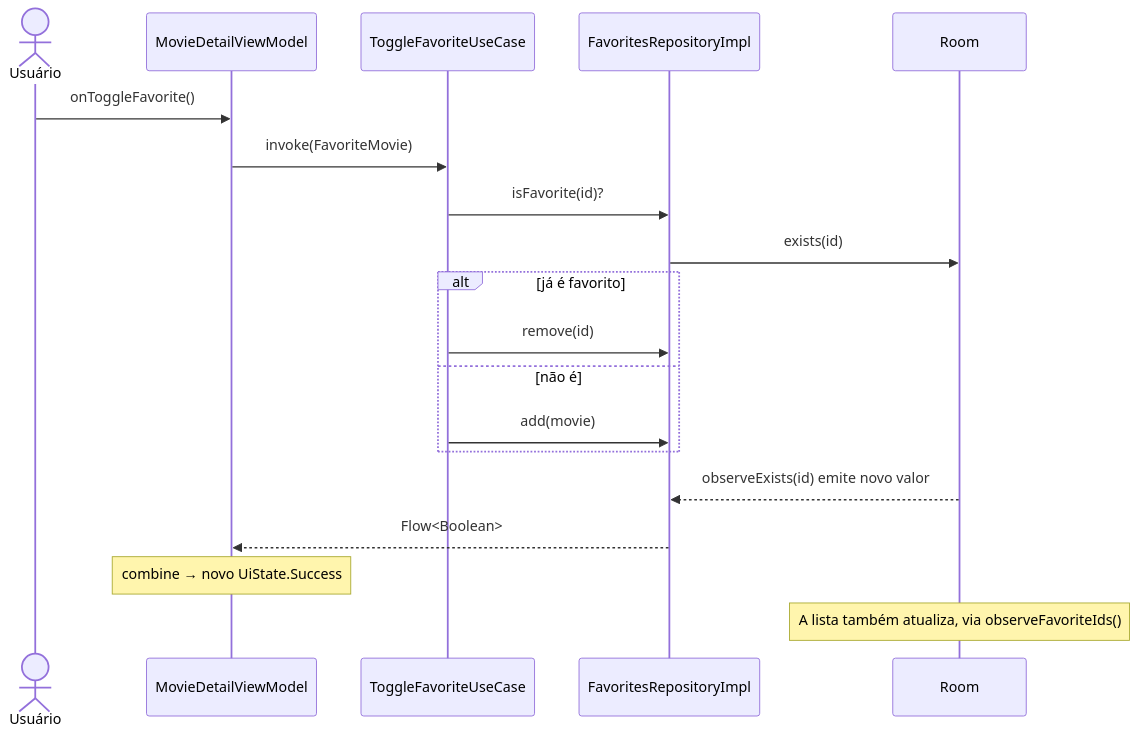
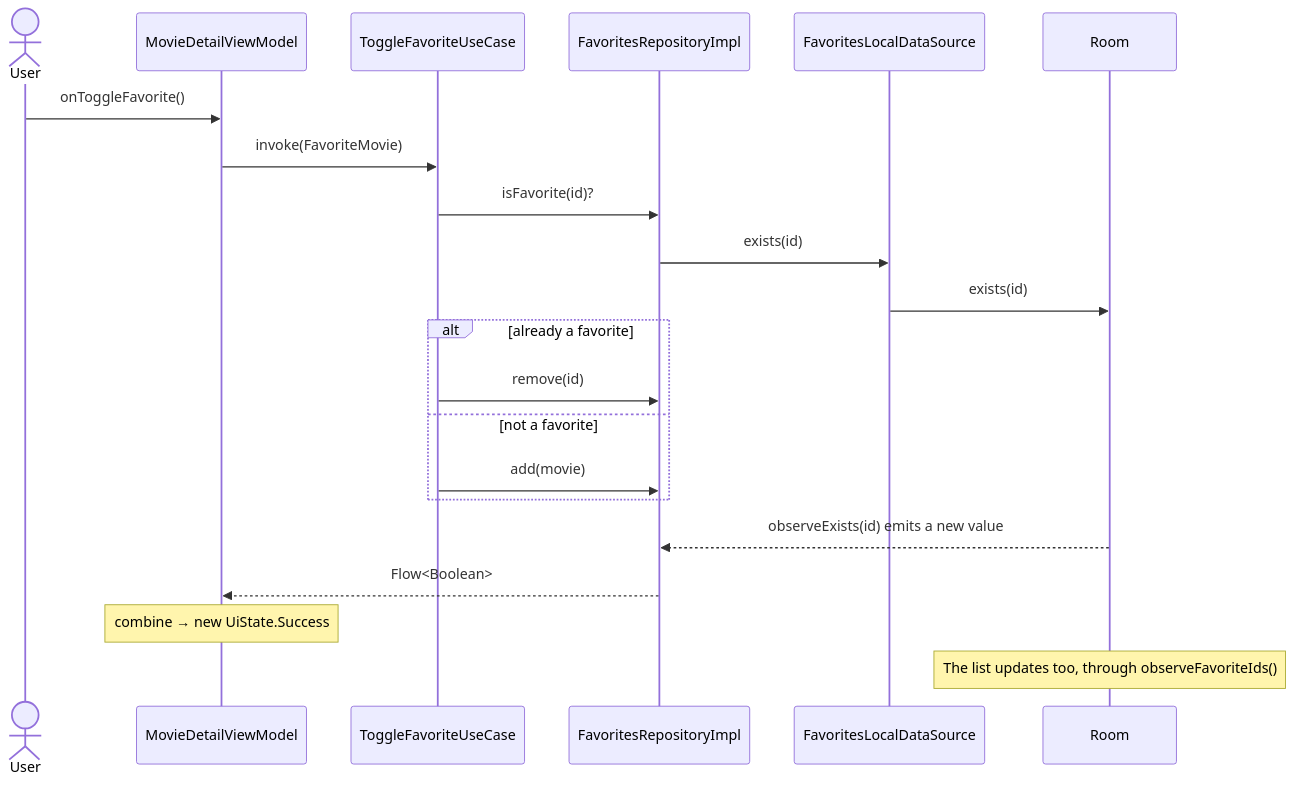
Before and after one commit to FilipeSilva18/my-favorite-film-android: the third of 3 diagrams in ARCHITECTURE.md, drawn with Mermaid. The commit also changed other lines of this file and 51 other files, not shown here.

````diff
--- a/ARCHITECTURE.md
+++ b/ARCHITECTURE.md
@@ -1487,22 +1437,24 @@
 ```mermaid
 sequenceDiagram
-    actor U as Usuário
+    actor U as User
     participant VM as MovieDetailViewModel
     participant T as ToggleFavoriteUseCase
     participant R as FavoritesRepositoryImpl
+    participant DS as FavoritesLocalDataSource
     participant DB as Room
 
     U->>VM: onToggleFavorite()
     VM->>T: invoke(FavoriteMovie)
     T->>R: isFavorite(id)?
-    R->>DB: exists(id)
-    alt já é favorito
+    R->>DS: exists(id)
+    DS->>DB: exists(id)
+    alt already a favorite
         T->>R: remove(id)
-    else não é
+    else not a favorite
         T->>R: add(movie)
     end
-    DB-->>R: observeExists(id) emite novo valor
+    DB-->>R: observeExists(id) emits a new value
     R-->>VM: Flow<Boolean>
-    Note over VM: combine → novo UiState.Success
-    Note over DB: A lista também atualiza, via observeFavoriteIds()
+    Note over VM: combine → new UiState.Success
+    Note over DB: The list updates too, through observeFavoriteIds()
 ```
````
